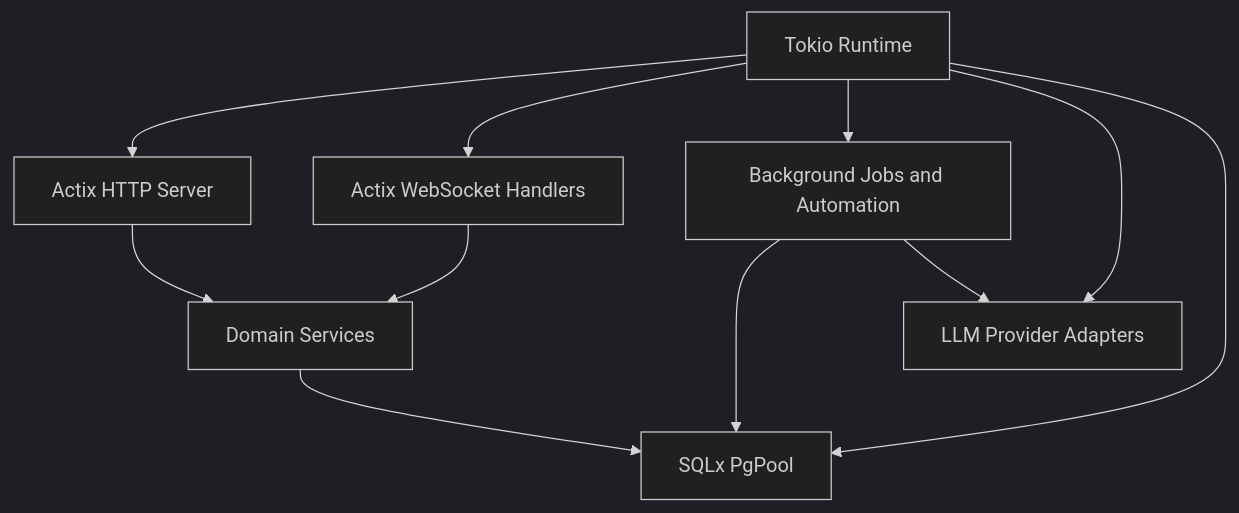
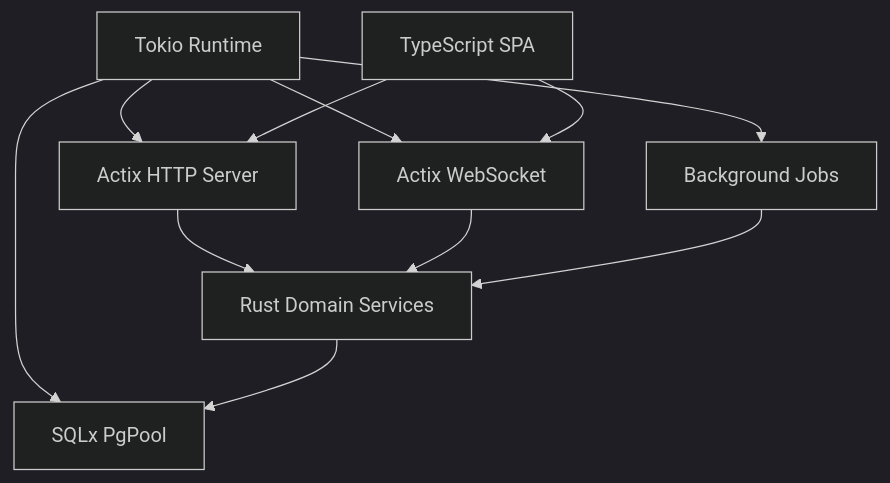
The diagram in docs/spec/architecture/runtime.md (lkjsxc/kjxlkj), drawn with Mermaid (dark theme) before and after one commit. The commit also changed other lines of this file and 184 other files, not shown here.

````diff
--- a/docs/spec/architecture/runtime.md
+++ b/docs/spec/architecture/runtime.md
@@ -7,15 +7,14 @@
 ```mermaid
 graph TD
  RT[Tokio Runtime]
  RT --> HTTP[Actix HTTP Server]
- RT --> WS[Actix WebSocket Handlers]
- RT --> BG[Background Jobs and Automation]
- RT --> LLM[LLM Provider Adapters]
+ RT --> WS[Actix WebSocket]
+ RT --> BG[Background Jobs]
  RT --> DBPOOL[SQLx PgPool]
-
- HTTP --> CORE[Domain Services]
+ UI[TypeScript SPA] --> HTTP
+ UI --> WS
+ HTTP --> CORE[Rust Domain Services]
  WS --> CORE
  CORE --> DBPOOL
- BG --> DBPOOL
- BG --> LLM
+ BG --> CORE
 ```
````
